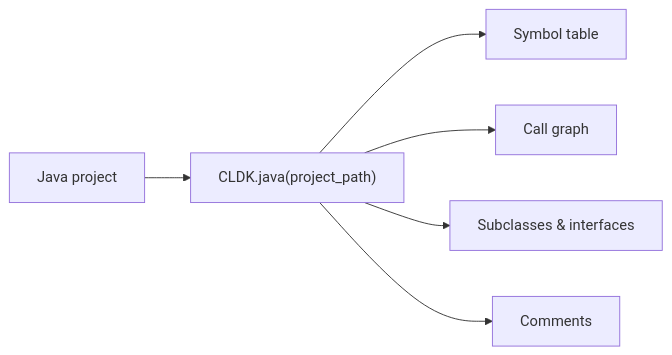
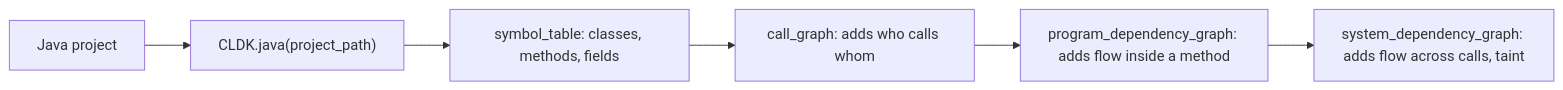
The diagram in src/content/docs/reference/python-api/java.md (codellm-devkit/docs), drawn with Mermaid before and after one commit. The commit also changed other lines of this file and 6 other files, not shown here.

````diff
--- a/src/content/docs/reference/python-api/java.md
+++ b/src/content/docs/reference/python-api/java.md
@@ -19,8 +20,8 @@
 ```mermaid
 flowchart LR
     P[Java project] --> A["CLDK.java(project_path)"]
-    A --> S[Symbol table]
-    A --> CG[Call graph]
-    A --> H[Subclasses & interfaces]
-    A --> CM[Comments]
+    A --> S["symbol_table: classes, methods, fields"]
+    S --> CG["call_graph: adds who calls whom"]
+    CG --> PDG["program_dependency_graph: adds flow inside a method"]
+    PDG --> SDG["system_dependency_graph: adds flow across calls, taint"]
 ```
````
